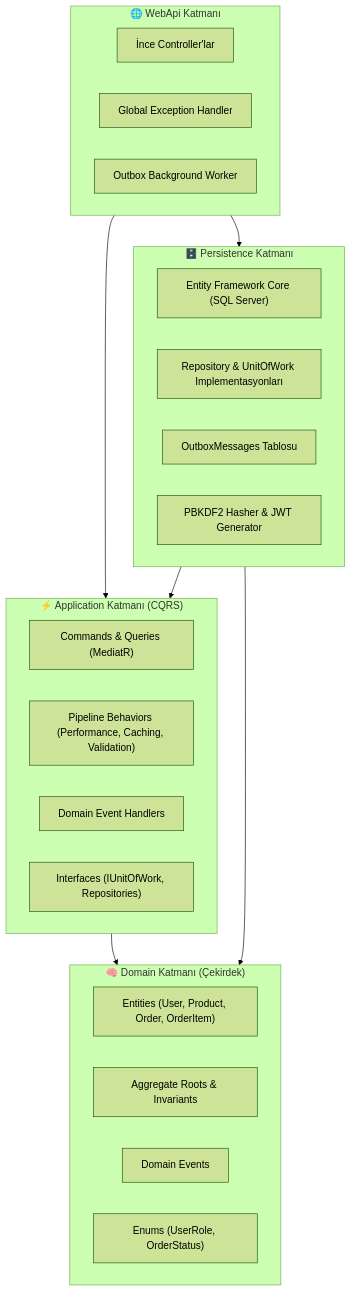
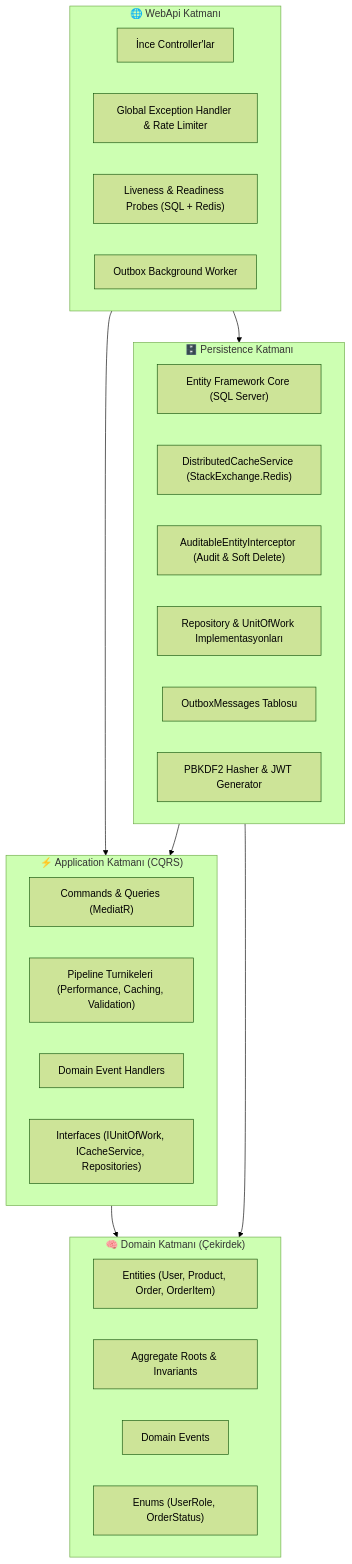
One commit to GokhanGKHN/DotnetArchitecture changed the diagram in README.md. Above: the diagram before and after it, drawn with Mermaid (forest theme). The commit also changed other lines of this file and 18 other files, not shown here.

Commit message:
feat: implement Redis Distributed Caching with IDistributedCache, resilience, health checks, docker-compose and comprehensive tests

````diff
--- a/README.md
+++ b/README.md
@@ -39,35 +41,38 @@
 ```mermaid
 flowchart TD
     subgraph WebApi ["🌐 WebApi Katmanı"]
         Controllers["İnce Controller'lar"]
-        Middlewares["Global Exception Handler"]
+        Middlewares["Global Exception Handler & Rate Limiter"]
+        HealthChecks["Liveness & Readiness Probes (SQL + Redis)"]
         BackgroundWorker["Outbox Background Worker"]
     end
 
     subgraph Application ["⚡ Application Katmanı (CQRS)"]
         Commands["Commands & Queries (MediatR)"]
-        Behaviors["Pipeline Behaviors (Performance, Caching, Validation)"]
+        Behaviors["Pipeline Turnikeleri (Performance, Caching, Validation)"]
         Events["Domain Event Handlers"]
-        AppInterfaces["Interfaces (IUnitOfWork, Repositories)"]
+        AppInterfaces["Interfaces (IUnitOfWork, ICacheService, Repositories)"]
     end
 
     subgraph Persistence ["🗄️ Persistence Katmanı"]
         EFCore["Entity Framework Core (SQL Server)"]
+        RedisCache["DistributedCacheService (StackExchange.Redis)"]
+        Interceptors["AuditableEntityInterceptor (Audit & Soft Delete)"]
         Repositories["Repository & UnitOfWork Implementasyonları"]
         OutboxTable["OutboxMessages Tablosu"]
         AuthServices["PBKDF2 Hasher & JWT Generator"]
     end
 
     subgraph Domain ["🧠 Domain Katmanı (Çekirdek)"]
         Entities["Entities (User, Product, Order, OrderItem)"]
         AggregateRoots["Aggregate Roots & Invariants"]
         DomainEvents["Domain Events"]
         Enums["Enums (UserRole, OrderStatus)"]
     end
 
     WebApi --> Application
     WebApi --> Persistence
     Persistence --> Application
     Application --> Domain
     Persistence --> Domain
 ```
````
